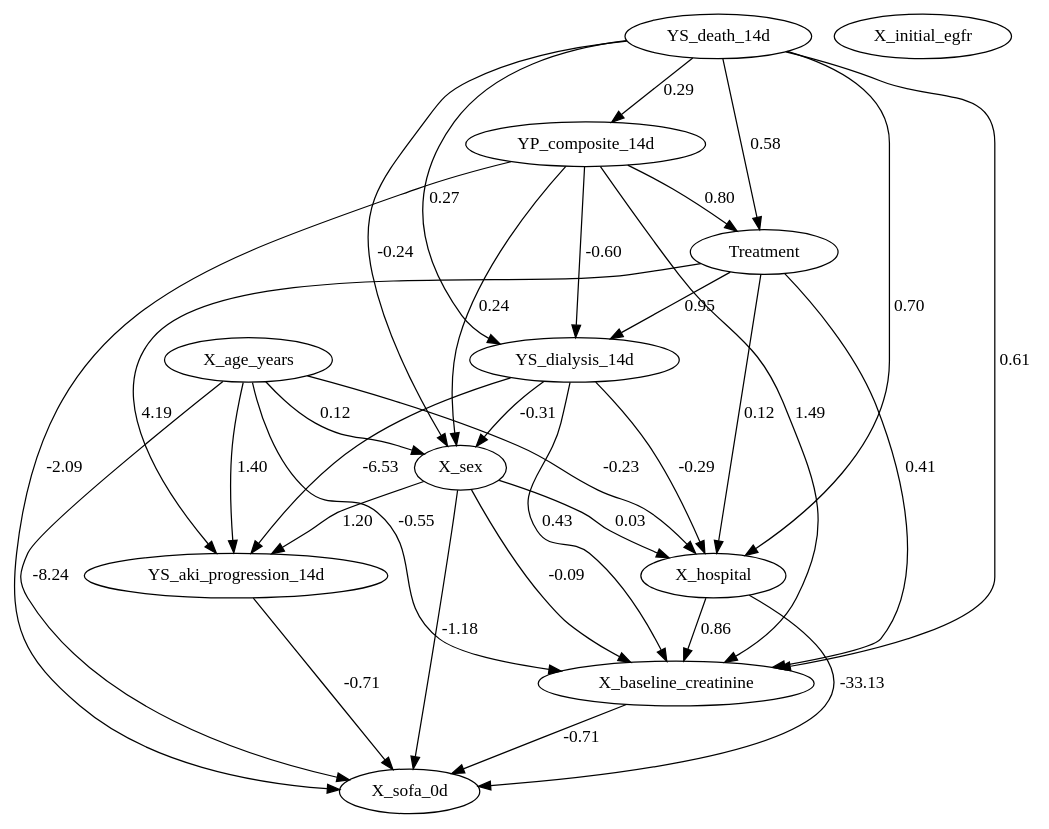
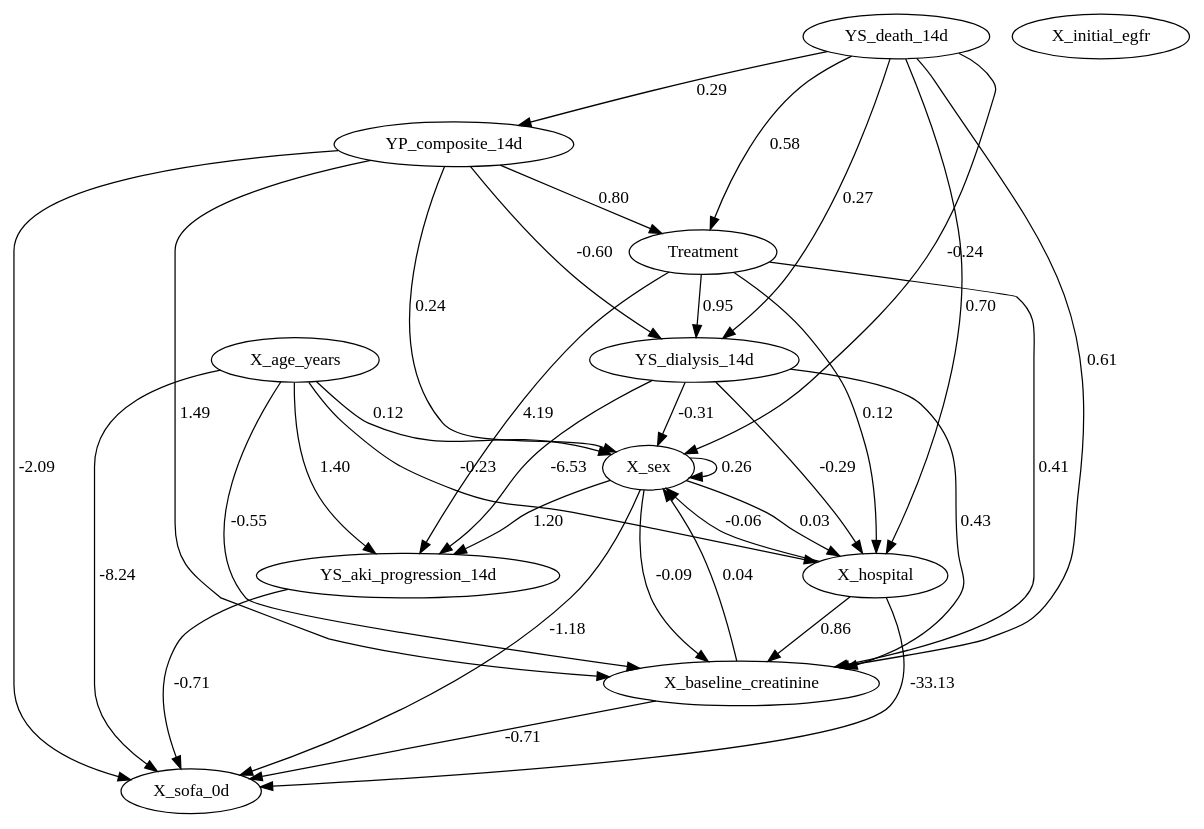
Before and after one commit to EduardoBirchal/causal-discovery-clinical-trials: the diagram in trial108.csv_causal_graph.dot, drawn with Graphviz. The commit also changed 4 other files, not shown here.

```diff
--- a/trial108.csv_causal_graph.dot
+++ b/trial108.csv_causal_graph.dot
@@ -1,48 +1,62 @@
 digraph {
+	Treatment
+	YP_composite_14d
+	YS_death_14d
+	YS_dialysis_14d
+	YS_aki_progression_14d
+	X_age_years
+	X_sex
+	X_hospital
+	X_baseline_creatinine
+	X_sofa_0d
+	X_initial_egfr
 	Treatment
 	YP_composite_14d
 	YS_death_14d
 	YS_dialysis_14d
 	YS_aki_progression_14d
 	X_age_years
 	X_sex
 	X_hospital
 	X_baseline_creatinine
 	X_sofa_0d
 	X_initial_egfr
 	YP_composite_14d -> Treatment [label=0.80]
 	YS_death_14d -> Treatment [label=0.58]
 	YS_death_14d -> YP_composite_14d [label=0.29]
 	Treatment -> YS_dialysis_14d [label=0.95]
 	YP_composite_14d -> YS_dialysis_14d [label=-0.60]
 	YS_death_14d -> YS_dialysis_14d [label=0.27]
 	Treatment -> YS_aki_progression_14d [label=4.19]
 	YS_dialysis_14d -> YS_aki_progression_14d [label=-6.53]
 	X_age_years -> YS_aki_progression_14d [label=1.40]
 	X_sex -> YS_aki_progression_14d [label=1.20]
 	YP_composite_14d -> X_sex [label=0.24]
 	YS_death_14d -> X_sex [label=-0.24]
 	YS_dialysis_14d -> X_sex [label=-0.31]
 	X_age_years -> X_sex [label=0.12]
+	X_sex -> X_sex [label=0.26]
+	X_hospital -> X_sex [label=-0.06]
+	X_baseline_creatinine -> X_sex [label=0.04]
 	Treatment -> X_hospital [label=0.12]
 	YS_death_14d -> X_hospital [label=0.70]
 	YS_dialysis_14d -> X_hospital [label=-0.29]
 	X_age_years -> X_hospital [label=-0.23]
 	X_sex -> X_hospital [label=0.03]
 	Treatment -> X_baseline_creatinine [label=0.41]
 	YP_composite_14d -> X_baseline_creatinine [label=1.49]
 	YS_death_14d -> X_baseline_creatinine [label=0.61]
 	YS_dialysis_14d -> X_baseline_creatinine [label=0.43]
 	X_age_years -> X_baseline_creatinine [label=-0.55]
 	X_sex -> X_baseline_creatinine [label=-0.09]
 	X_hospital -> X_baseline_creatinine [label=0.86]
 	YP_composite_14d -> X_sofa_0d [label=-2.09]
 	YS_aki_progression_14d -> X_sofa_0d [label=-0.71]
 	X_age_years -> X_sofa_0d [label=-8.24]
 	X_sex -> X_sofa_0d [label=-1.18]
 	X_hospital -> X_sofa_0d [label=-33.13]
 	X_baseline_creatinine -> X_sofa_0d [label=-0.71]
 	{
 		rank=same
 	}
 }
```
